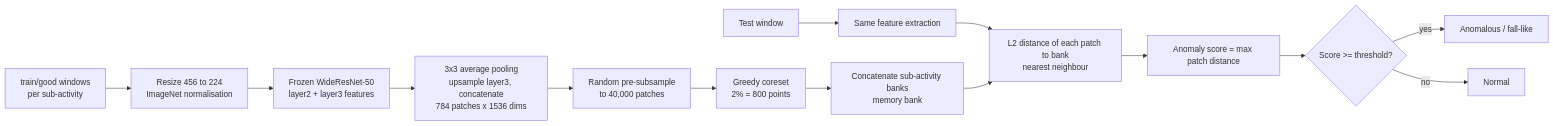
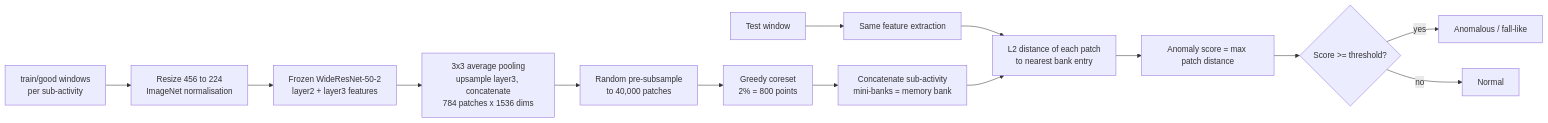
The second of 2 diagrams in SisFall-Model/README.md (rashed501772/har_signal_to_img_2026_spring), drawn with Mermaid before and after one commit. The commit also changed other lines of this file, not shown here.

````diff
--- a/SisFall-Model/README.md
+++ b/SisFall-Model/README.md
@@ -479,16 +501,16 @@
 ```mermaid
 flowchart LR
     A["train/good windows<br/>per sub-activity"] --> B["Resize 456 to 224<br/>ImageNet normalisation"]
-    B --> C["Frozen WideResNet-50<br/>layer2 + layer3 features"]
+    B --> C["Frozen WideResNet-50-2<br/>layer2 + layer3 features"]
     C --> D["3x3 average pooling<br/>upsample layer3, concatenate<br/>784 patches x 1536 dims"]
     D --> E["Random pre-subsample<br/>to 40,000 patches"]
     E --> F["Greedy coreset<br/>2% = 800 points"]
-    F --> G["Concatenate sub-activity banks<br/>memory bank"]
+    F --> G["Concatenate sub-activity<br/>mini-banks = memory bank"]
     H["Test window"] --> I["Same feature extraction"]
-    I --> J["L2 distance of each patch to bank<br/>nearest neighbour"]
+    I --> J["L2 distance of each patch<br/>to nearest bank entry"]
     G --> J
     J --> K["Anomaly score = max patch distance"]
     K --> L{"Score >= threshold?"}
     L -- yes --> M["Anomalous / fall-like"]
     L -- no --> N["Normal"]
 ```
````
